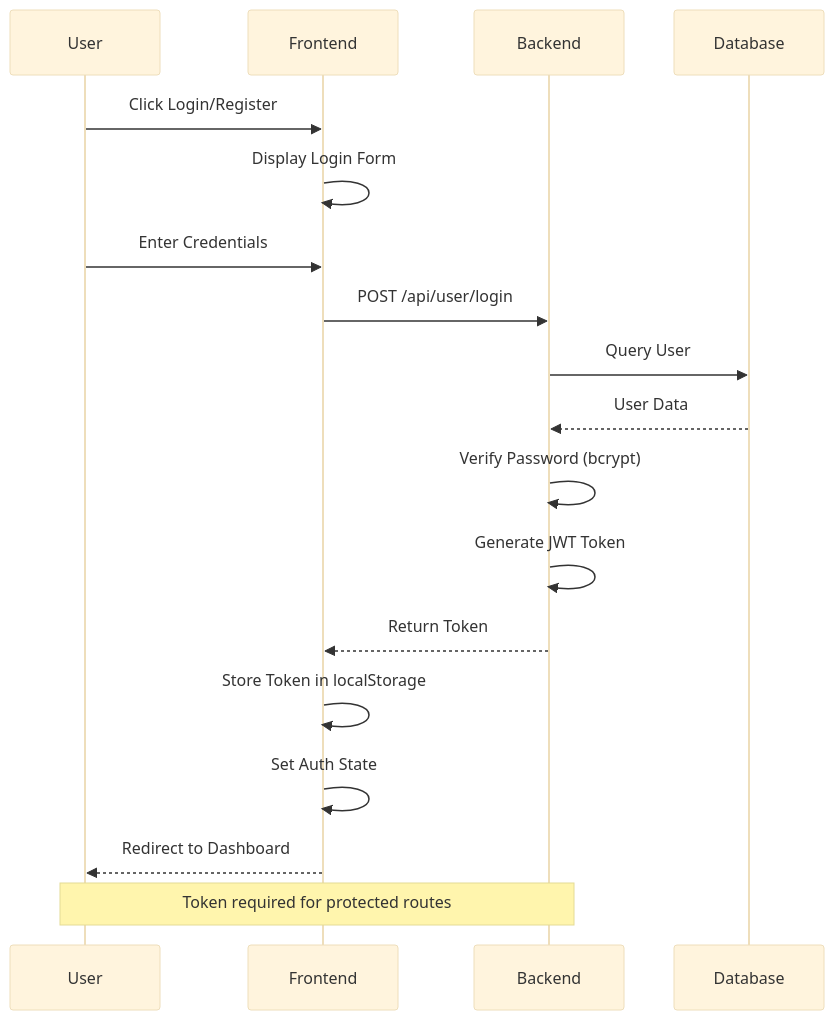
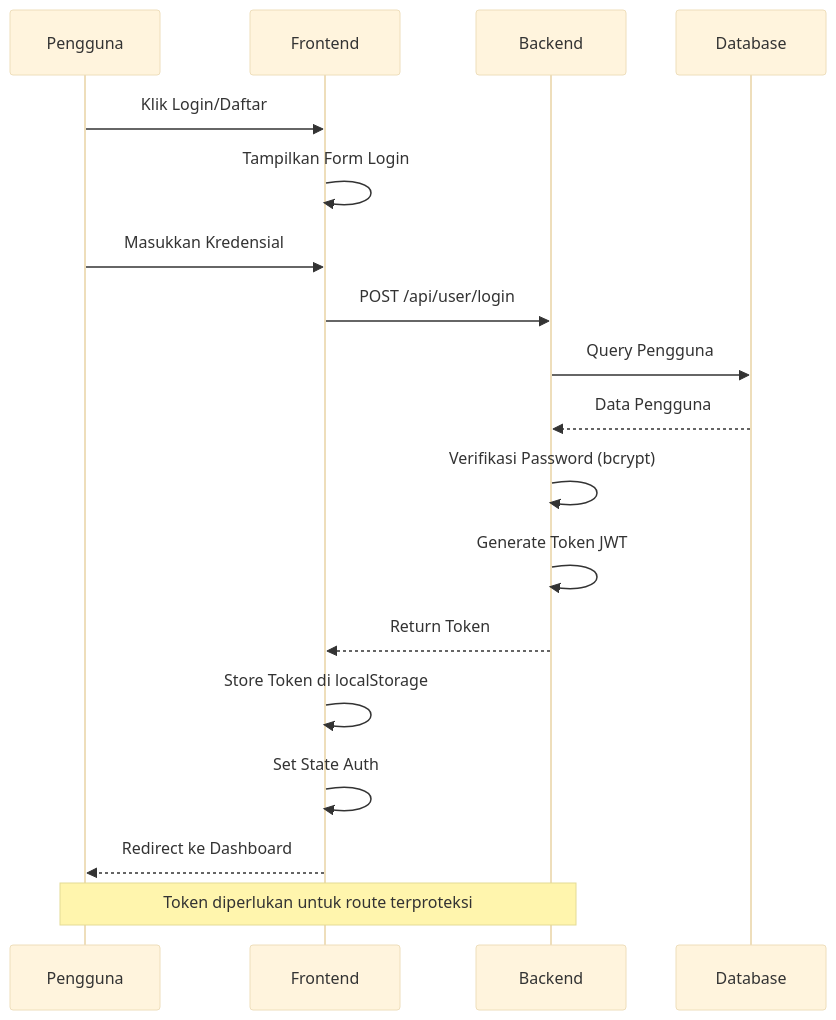
The ninth of 10 diagrams in README.md (Grinti123/gerai-ayra-fullstack), drawn with Mermaid (base theme) before and after one commit. The commit also changed other lines of this file, not shown here.

````diff
--- a/README.md
+++ b/README.md
@@ -345,22 +307,22 @@
 ```mermaid
 sequenceDiagram
-    participant U as User
+    participant P as Pengguna
     participant F as Frontend
     participant B as Backend
     participant DB as Database
 
-    U->>F: Click Login/Register
-    F->>F: Display Login Form
-    U->>F: Enter Credentials
+    P->>F: Klik Login/Daftar
+    F->>F: Tampilkan Form Login
+    P->>F: Masukkan Kredensial
     F->>B: POST /api/user/login
-    B->>DB: Query User
-    DB-->>B: User Data
-    B->>B: Verify Password (bcrypt)
-    B->>B: Generate JWT Token
+    B->>DB: Query Pengguna
+    DB-->>B: Data Pengguna
+    B->>B: Verifikasi Password (bcrypt)
+    B->>B: Generate Token JWT
     B-->>F: Return Token
-    F->>F: Store Token in localStorage
-    F->>F: Set Auth State
-    F-->>U: Redirect to Dashboard
+    F->>F: Store Token di localStorage
+    F->>F: Set State Auth
+    F-->>P: Redirect ke Dashboard
 
-    Note over U,B: Token required for protected routes
+    Note over P,B: Token diperlukan untuk route terproteksi
 ```
````
